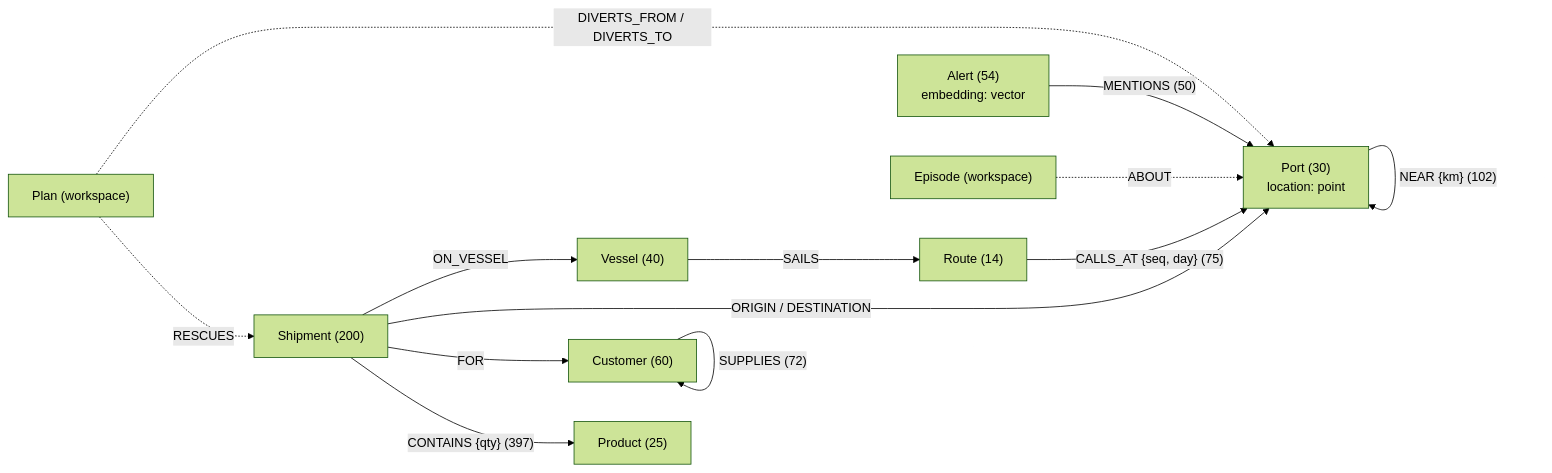
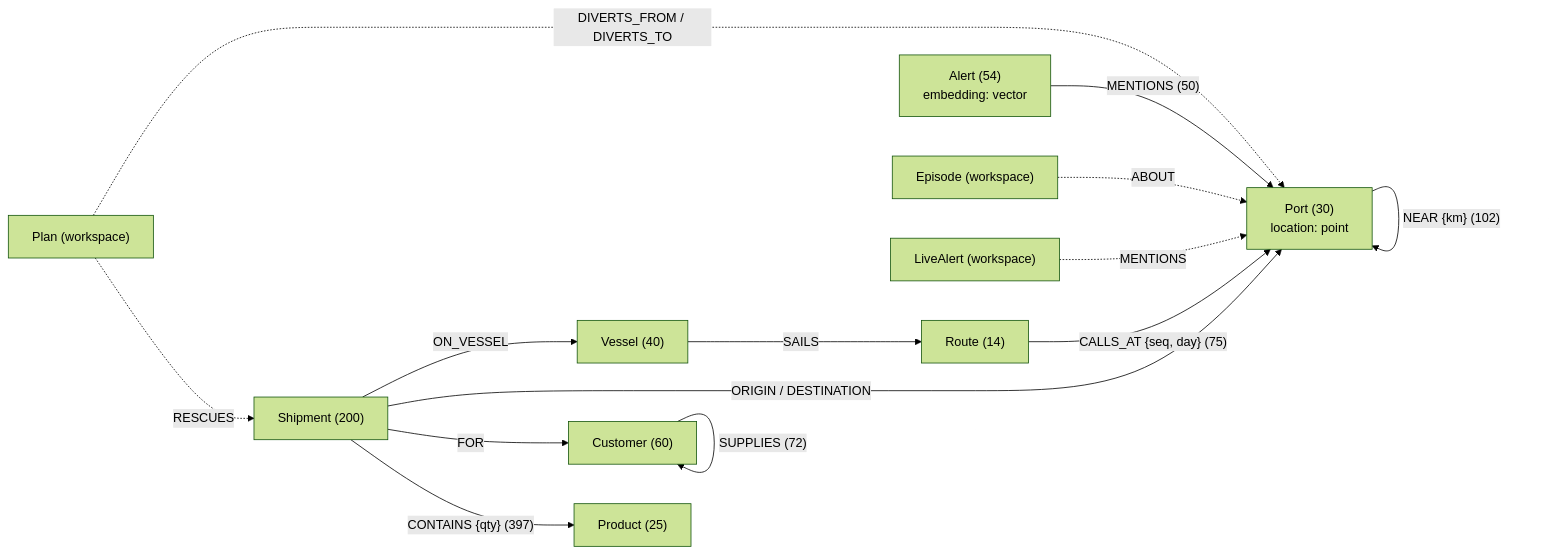
Before and after one commit to tballochi/ripple-supply-chain-agent: the second of 2 diagrams in README.md, drawn with Mermaid (forest theme). The commit also changed other lines of this file and 5 other files, not shown here.

First line of the commit message:
Document live news and real port positions

````diff
--- a/README.md
+++ b/README.md
@@ -144,15 +155,16 @@
 ```mermaid
 flowchart LR
     Shipment["Shipment (200)"] -->|ON_VESSEL| Vessel["Vessel (40)"]
     Vessel -->|SAILS| Route["Route (14)"]
     Route -->|"CALLS_AT {seq, day} (75)"| Port["Port (30)<br/>location: point"]
     Port -->|"NEAR {km} (102)"| Port
     Shipment -->|ORIGIN / DESTINATION| Port
     Shipment -->|FOR| Customer["Customer (60)"]
     Customer -->|"SUPPLIES (72)"| Customer
     Shipment -->|"CONTAINS {qty} (397)"| Product["Product (25)"]
     Alert["Alert (54)<br/>embedding: vector"] -->|"MENTIONS (50)"| Port
     Episode["Episode (workspace)"] -.->|ABOUT| Port
     Plan["Plan (workspace)"] -.->|"DIVERTS_FROM / DIVERTS_TO"| Port
     Plan -.->|RESCUES| Shipment
+    LiveAlert["LiveAlert (workspace)"] -.->|MENTIONS| Port
 ```
````
